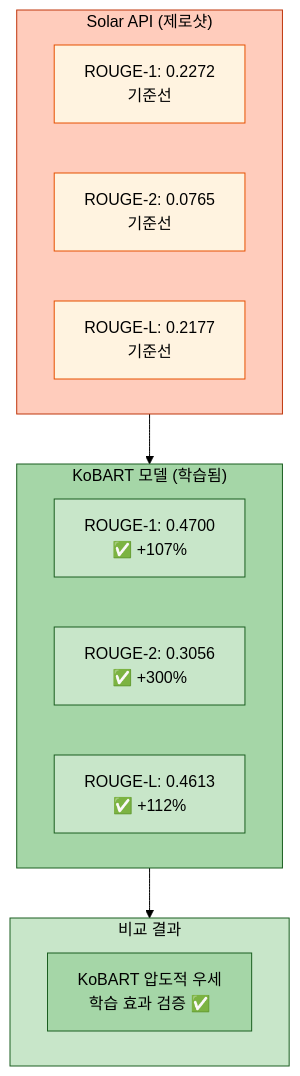
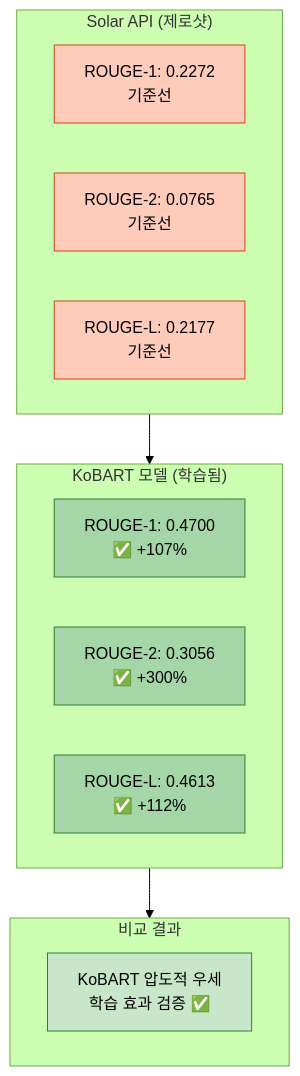
One commit to AIBootcamp14/naturallanguageprocessingcompetition-nlp-1 changed diagram 11 of 15 in docs/experiments/20251013_111525_strategy1_kobart_optimized_실험분석.md. Above: the diagram before and after it, drawn with Mermaid (forest theme). The commit also changed other lines of this file, not shown here.

Commit message:
fix: 실험 분석 문서 mermaid 스타일 수정   - 모든 mermaid 다이어그램을 개별 노드 스타일 형식으로 변경   - subgraph 스타일 제거, 개별 노드별 색상 적용   - 20251012 문서 스타일 형식에 맞춰 통일   - experiments_style.md의 모든 예시 코드도 동일하게 수정

````diff
--- a/docs/experiments/20251013_111525_strategy1_kobart_optimized_실험분석.md
+++ b/docs/experiments/20251013_111525_strategy1_kobart_optimized_실험분석.md
@@ -585,35 +596,31 @@
 ```mermaid
 graph TB
     subgraph KoBART["KoBART 모델 (학습됨)"]
         KB_R1[ROUGE-1: 0.4700<br/>✅ +107%]
         KB_R2[ROUGE-2: 0.3056<br/>✅ +300%]
         KB_RL[ROUGE-L: 0.4613<br/>✅ +112%]
     end
 
     subgraph Solar["Solar API (제로샷)"]
         SOL_R1[ROUGE-1: 0.2272<br/>기준선]
         SOL_R2[ROUGE-2: 0.0765<br/>기준선]
         SOL_RL[ROUGE-L: 0.2177<br/>기준선]
     end
 
     subgraph Result["비교 결과"]
         WIN[KoBART 압도적 우세<br/>학습 효과 검증 ✅]
     end
 
     Solar --> KoBART
     KoBART --> Result
 
-    style KoBART fill:#a5d6a7,stroke:#1b5e20,color:#000
-    style Solar fill:#ffccbc,stroke:#bf360c,color:#000
-    style Result fill:#c8e6c9,stroke:#1b5e20,color:#000
+    style KB_R1 fill:#a5d6a7,stroke:#2e7d32,color:#000
+    style KB_R2 fill:#a5d6a7,stroke:#2e7d32,color:#000
+    style KB_RL fill:#a5d6a7,stroke:#2e7d32,color:#000
 
-    style KB_R1 fill:#c8e6c9,stroke:#1b5e20,color:#000
-    style KB_R2 fill:#c8e6c9,stroke:#1b5e20,color:#000
-    style KB_RL fill:#c8e6c9,stroke:#1b5e20,color:#000
+    style SOL_R1 fill:#ffccbc,stroke:#d84315,color:#000
+    style SOL_R2 fill:#ffccbc,stroke:#d84315,color:#000
+    style SOL_RL fill:#ffccbc,stroke:#d84315,color:#000
 
-    style SOL_R1 fill:#fff3e0,stroke:#e65100,color:#000
-    style SOL_R2 fill:#fff3e0,stroke:#e65100,color:#000
-    style SOL_RL fill:#fff3e0,stroke:#e65100,color:#000
-
-    style WIN fill:#a5d6a7,stroke:#1b5e20,color:#000
+    style WIN fill:#c8e6c9,stroke:#2e7d32,color:#000
 ```
````
